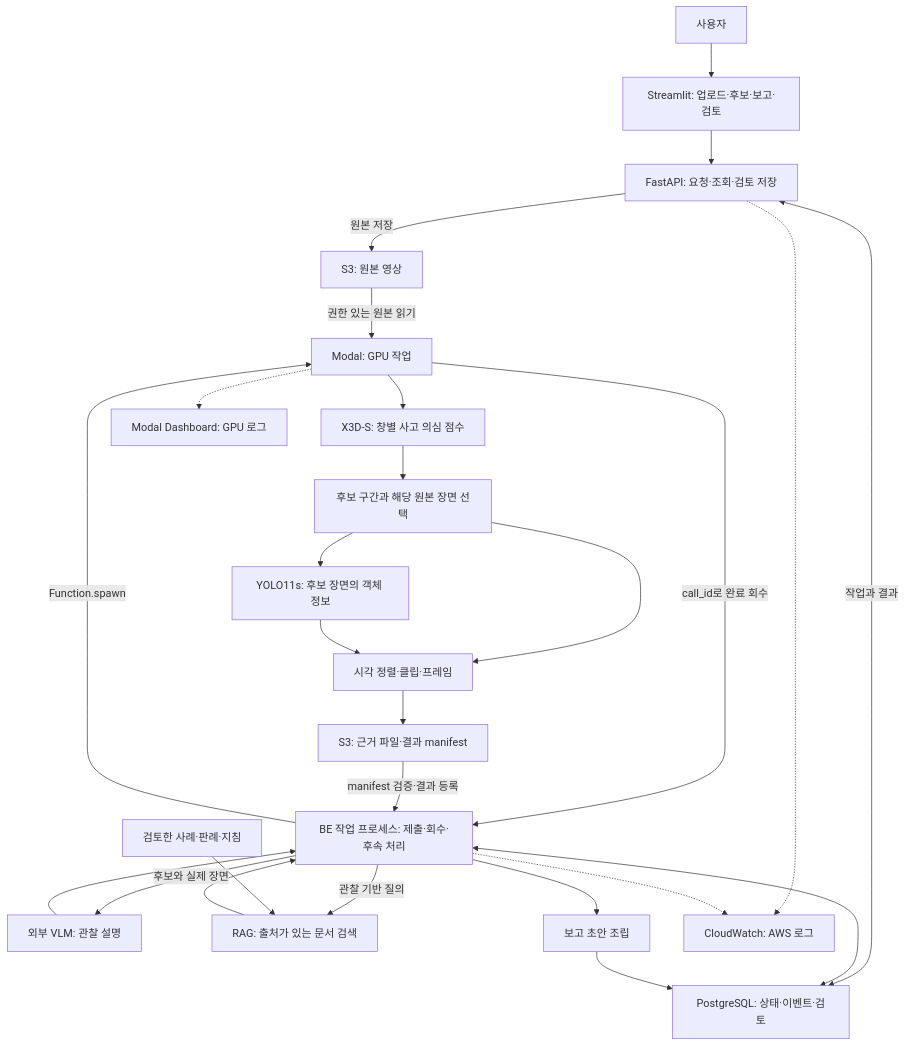
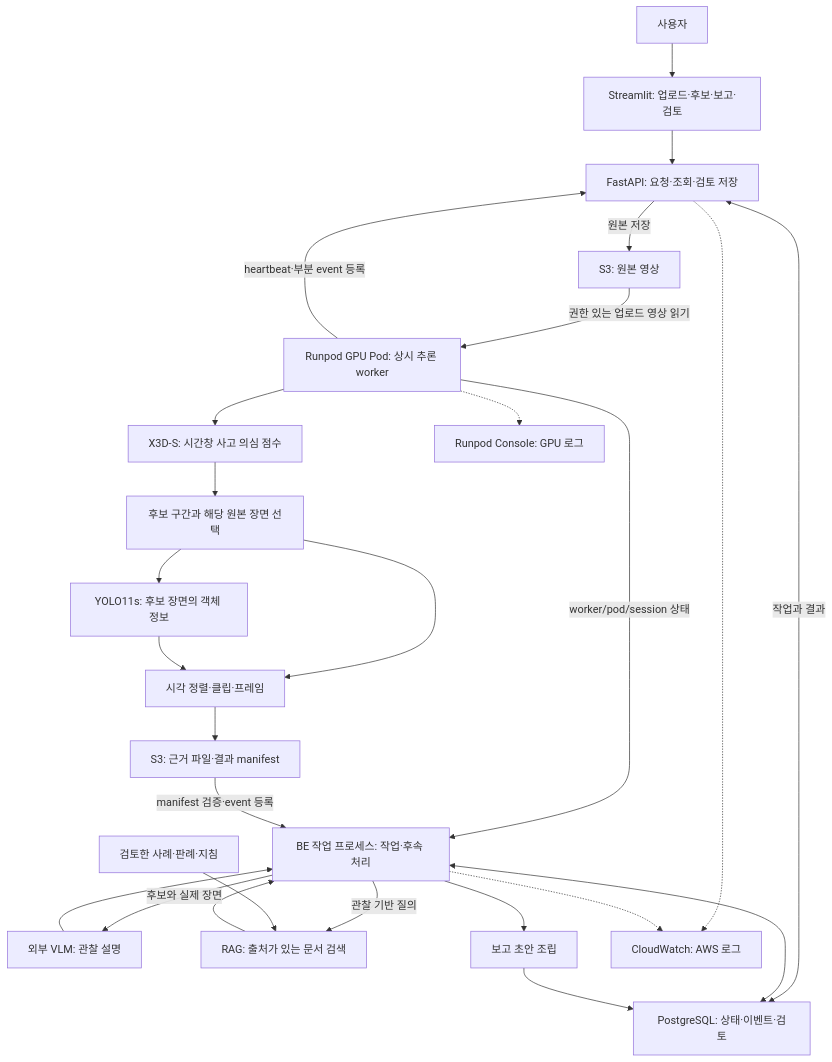
One commit to boramsam-zo/cctv-accident-detector changed the diagram in PROJECT_BRIEF.md. Above: the diagram before and after it, drawn with Mermaid. The commit also changed other lines of this file and 18 other files, not shown here.

Commit message:
docs: add api & Modal -> Runpod

````diff
--- a/PROJECT_BRIEF.md
+++ b/PROJECT_BRIEF.md
@@ -40,28 +44,28 @@
 ```mermaid
 flowchart TB
     user["사용자"] --> ui["Streamlit: 업로드·후보·보고·검토"]
     ui --> api["FastAPI: 요청·조회·검토 저장"]
     api -->|"원본 저장"| input["S3: 원본 영상"]
     api <-->|"작업과 결과"| db["PostgreSQL: 상태·이벤트·검토"]
-    worker["BE 작업 프로세스: 제출·회수·후속 처리"] <--> db
-    worker -->|"Function.spawn"| modal["Modal: GPU 작업"]
-    input -->|"권한 있는 원본 읽기"| modal
-    modal --> x3d["X3D-S: 창별 사고 의심 점수"]
+    worker["BE 작업 프로세스: 작업·후속 처리"] <--> db
+    runpod["Runpod GPU Pod: 상시 추론 worker"] -->|"heartbeat·부분 event 등록"| api
+    input -->|"권한 있는 업로드 영상 읽기"| runpod
+    runpod --> x3d["X3D-S: 시간창 사고 의심 점수"]
     x3d --> candidate["후보 구간과 해당 원본 장면 선택"]
     candidate --> yolo["YOLO11s: 후보 장면의 객체 정보"]
     candidate --> evidence["시각 정렬·클립·프레임"]
     yolo --> evidence
     evidence --> result["S3: 근거 파일·결과 manifest"]
-    modal -->|"call_id로 완료 회수"| worker
-    result -->|"manifest 검증·결과 등록"| worker
+    runpod -->|"worker/pod/session 상태"| worker
+    result -->|"manifest 검증·event 등록"| worker
     worker -->|"후보와 실제 장면"| vlm["외부 VLM: 관찰 설명"]
     vlm --> worker
     worker -->|"관찰 기반 질의"| rag["RAG: 출처가 있는 문서 검색"]
     corpus["검토한 사례·판례·지침"] --> rag
     rag --> worker
     worker --> report["보고 초안 조립"]
     report --> db
     api -.-> monitor["CloudWatch: AWS 로그"]
     worker -.-> monitor
-    modal -.-> dashboard["Modal Dashboard: GPU 로그"]
+    runpod -.-> dashboard["Runpod Console: GPU 로그"]
 ```
````
